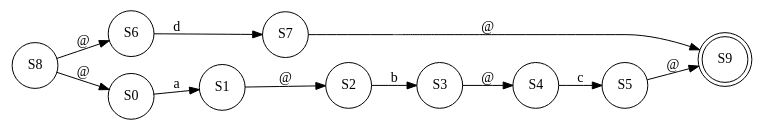
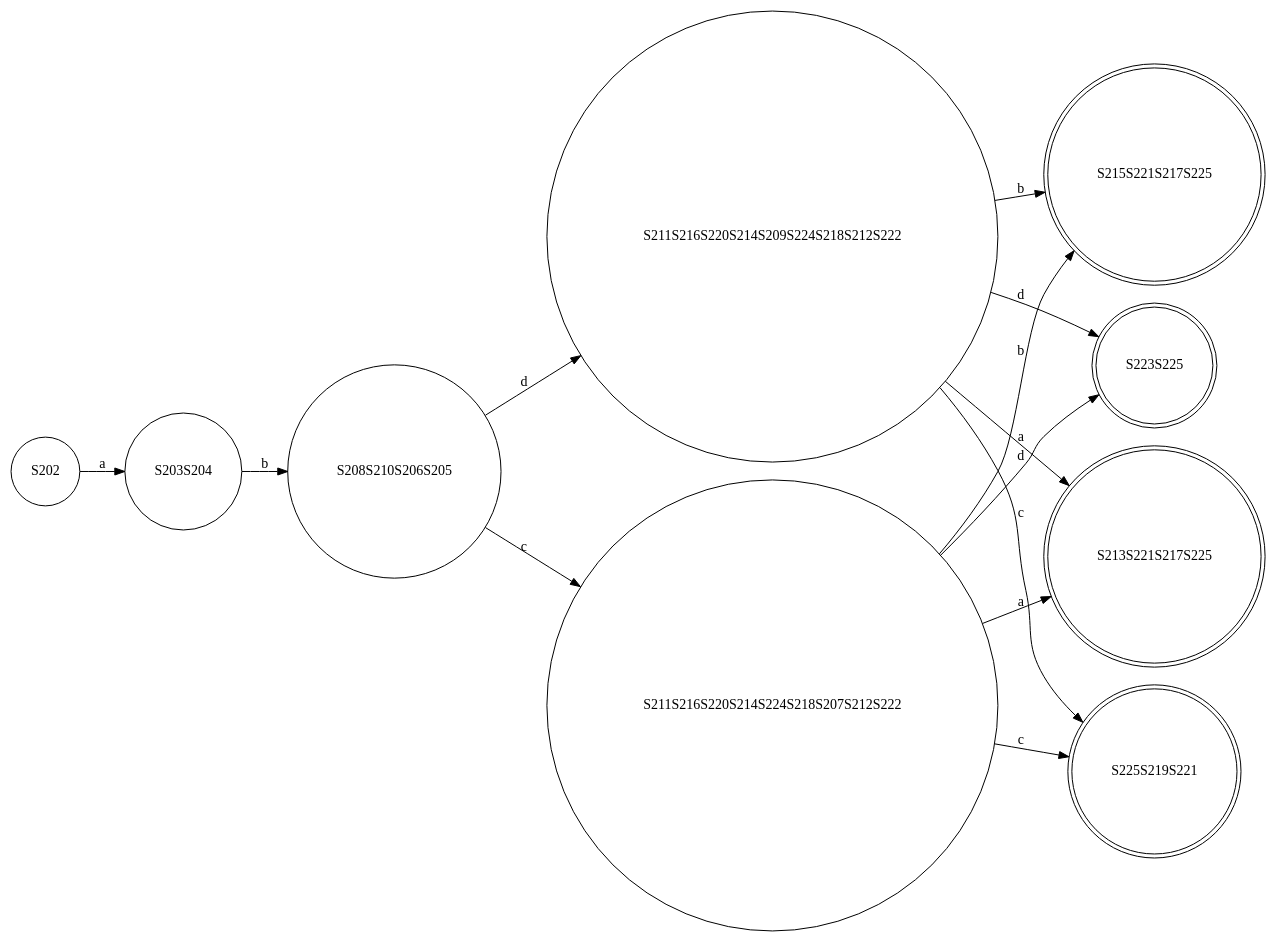
The diagram in finalCode/test-output/round-table.gv (abdelazizSalah/RegExp_NFA_DFA_DFAMinimization), drawn with Graphviz before and after one commit. The commit also changed 4 other files, not shown here.

```diff
--- a/finalCode/test-output/round-table.gv
+++ b/finalCode/test-output/round-table.gv
@@ -1,24 +1,25 @@
-// NFA graph
+// DFA graph
 digraph {
 	graph [rankdir=LR]
-	S6 [label=S6 shape=circle]
-	S6 -> S7 [label=d]
-	S7 [label=S7 shape=circle]
-	S7 -> S9 [label="@"]
-	S0 [label=S0 shape=circle]
-	S0 -> S1 [label=a]
-	S1 [label=S1 shape=circle]
-	S1 -> S2 [label="@"]
-	S2 [label=S2 shape=circle]
-	S2 -> S3 [label=b]
-	S3 [label=S3 shape=circle]
-	S3 -> S4 [label="@"]
-	S4 [label=S4 shape=circle]
-	S4 -> S5 [label=c]
-	S5 [label=S5 shape=circle]
-	S5 -> S9 [label="@"]
-	S8 [label=S8 shape=circle]
-	S8 -> S6 [label="@"]
-	S8 -> S0 [label="@"]
-	S9 [label=S9 shape=doublecircle]
+	S202 [label=S202 shape=circle]
+	S202 -> S203S204 [label=a]
+	S203S204 [label=S203S204 shape=circle]
+	S203S204 -> S208S210S206S205 [label=b]
+	S208S210S206S205 [label=S208S210S206S205 shape=circle]
+	S208S210S206S205 -> S211S216S220S214S209S224S218S212S222 [label=d]
+	S208S210S206S205 -> S211S216S220S214S224S218S207S212S222 [label=c]
+	S211S216S220S214S209S224S218S212S222 [label=S211S216S220S214S209S224S218S212S222 shape=circle]
+	S211S216S220S214S209S224S218S212S222 -> S215S221S217S225 [label=b]
+	S211S216S220S214S209S224S218S212S222 -> S225S219S221 [label=c]
+	S211S216S220S214S209S224S218S212S222 -> S213S221S217S225 [label=a]
+	S211S216S220S214S209S224S218S212S222 -> S223S225 [label=d]
+	S211S216S220S214S224S218S207S212S222 [label=S211S216S220S214S224S218S207S212S222 shape=circle]
+	S211S216S220S214S224S218S207S212S222 -> S215S221S217S225 [label=b]
+	S211S216S220S214S224S218S207S212S222 -> S225S219S221 [label=c]
+	S211S216S220S214S224S218S207S212S222 -> S213S221S217S225 [label=a]
+	S211S216S220S214S224S218S207S212S222 -> S223S225 [label=d]
+	S215S221S217S225 [label=S215S221S217S225 shape=doublecircle]
+	S225S219S221 [label=S225S219S221 shape=doublecircle]
+	S213S221S217S225 [label=S213S221S217S225 shape=doublecircle]
+	S223S225 [label=S223S225 shape=doublecircle]
 }
```
